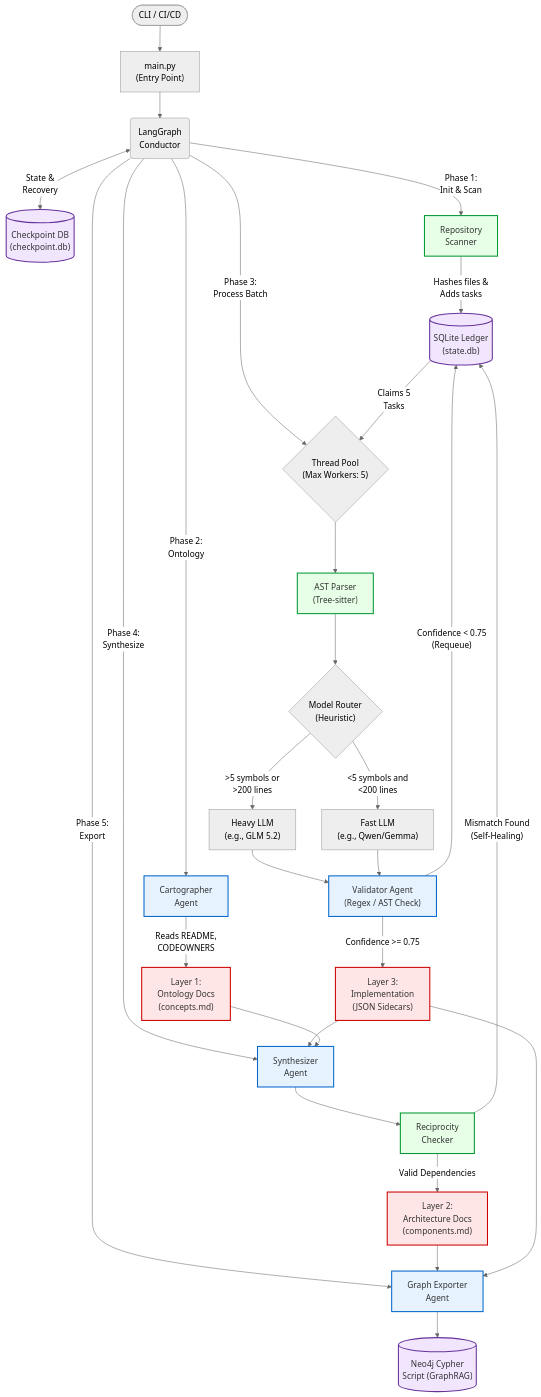
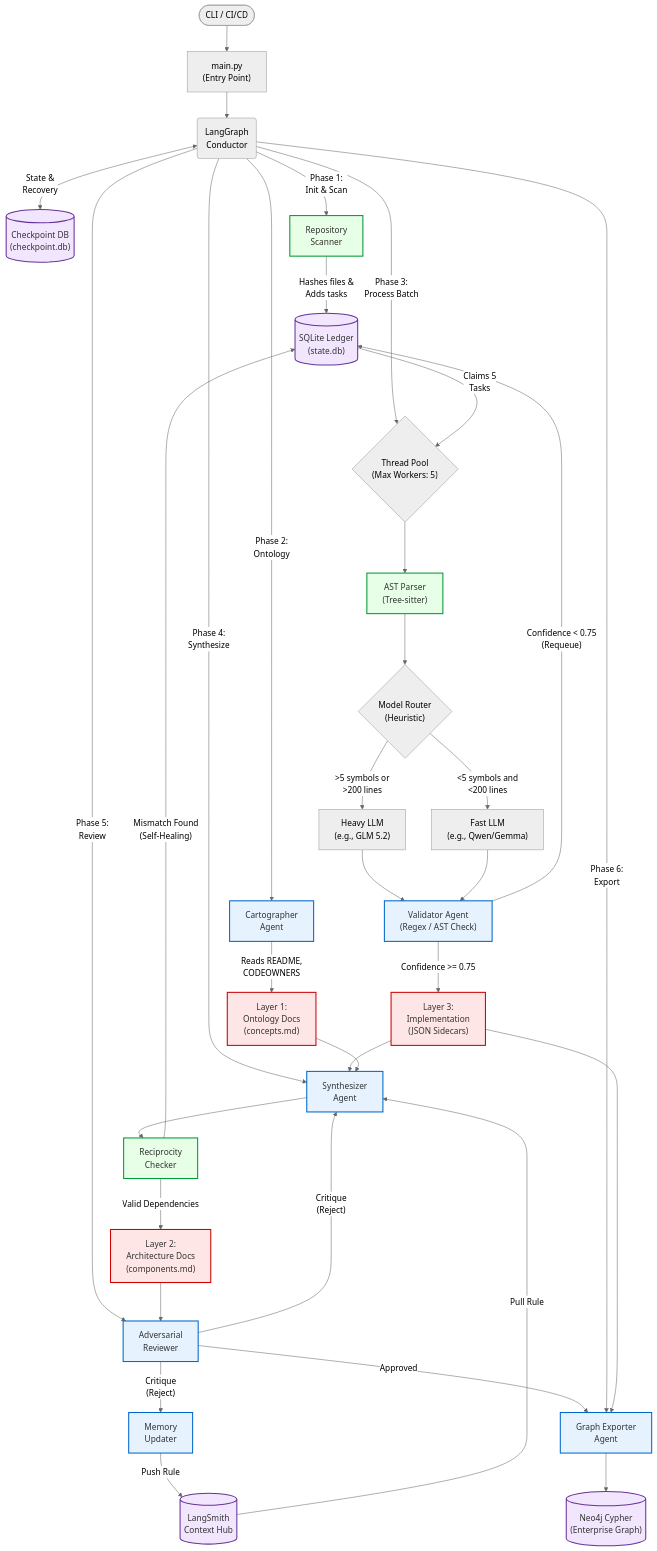
One commit to prashantr00082/droa changed the diagram in ARCHITECTURE_DIAGRAM.md. Above: the diagram before and after it, drawn with Mermaid (neutral theme). The commit also changed other lines of this file and 1 other file, not shown here.

Commit message:
Update architecture documents with new features

````diff
--- a/ARCHITECTURE_DIAGRAM.md
+++ b/ARCHITECTURE_DIAGRAM.md
@@ -5,56 +5,65 @@
 ```mermaid
 flowchart TD
     %% Styling
     classDef database fill:#f2e6ff,stroke:#663399,stroke-width:2px,color:#333;
     classDef agent fill:#e6f3ff,stroke:#0066cc,stroke-width:2px,color:#333;
     classDef process fill:#e6ffe6,stroke:#009933,stroke-width:2px,color:#333;
     classDef output fill:#ffe6e6,stroke:#cc0000,stroke-width:2px,color:#333;
 
     %% Entry point
     Start(["CLI / CI/CD"]) --> Main["main.py<br/>(Entry Point)"]
     Main --> Conductor("LangGraph<br/>Conductor")
     
     %% Databases
     StateDB[("SQLite Ledger<br/>(state.db)")]:::database
     CheckpointDB[("Checkpoint DB<br/>(checkpoint.db)")]:::database
     
     Conductor <-->|"State &<br/>Recovery"| CheckpointDB
     Conductor -->|"Phase 1:<br/>Init & Scan"| Scanner["Repository<br/>Scanner"]:::process
     Scanner -->|"Hashes files &<br/>Adds tasks"| StateDB
     
     %% Phase 2
     Conductor -->|"Phase 2:<br/>Ontology"| Cartographer["Cartographer<br/>Agent"]:::agent
     Cartographer -->|"Reads README,<br/>CODEOWNERS"| OntOut["Layer 1:<br/>Ontology Docs<br/>(concepts.md)"]:::output
     
     %% Phase 3 & 4
     Conductor -->|"Phase 3:<br/>Process Batch"| ThreadPool{"Thread Pool<br/>(Max Workers: 5)"}
     StateDB -->|"Claims 5<br/>Tasks"| ThreadPool
     
     ThreadPool --> AstParser["AST Parser<br/>(Tree-sitter)"]:::process
     AstParser --> Router{"Model Router<br/>(Heuristic)"}
     
     Router -->|">5 symbols or<br/>>200 lines"| GLM["Heavy LLM<br/>(e.g., GLM 5.2)"]
     Router -->|"<5 symbols and<br/><200 lines"| Qwen["Fast LLM<br/>(e.g., Qwen/Gemma)"]
     
     GLM --> Validator["Validator Agent<br/>(Regex / AST Check)"]:::agent
     Qwen --> Validator
     
     Validator -->|"Confidence < 0.75<br/>(Requeue)"| StateDB
     Validator -->|"Confidence >= 0.75"| ModOut["Layer 3:<br/>Implementation<br/>(JSON Sidecars)"]:::output
     
     %% Phase 5 & 6
     Conductor -->|"Phase 4:<br/>Synthesize"| Synthesizer["Synthesizer<br/>Agent"]:::agent
     ModOut --> Synthesizer
     OntOut --> Synthesizer
     
     Synthesizer --> Reciprocity["Reciprocity<br/>Checker"]:::process
     Reciprocity -->|"Mismatch Found<br/>(Self-Healing)"| StateDB
     
     Reciprocity -->|"Valid Dependencies"| ArchOut["Layer 2:<br/>Architecture Docs<br/>(components.md)"]:::output
     
-    Conductor -->|"Phase 5:<br/>Export"| GraphExporter["Graph Exporter<br/>Agent"]:::agent
-    ArchOut --> GraphExporter
+    %% Phase 6: Adversarial Review & Continual Learning
+    Conductor -->|"Phase 5:<br/>Review"| Reviewer["Adversarial<br/>Reviewer"]:::agent
+    ArchOut --> Reviewer
+    Reviewer -->|"Critique<br/>(Reject)"| Synthesizer
+    Reviewer -->|"Critique<br/>(Reject)"| MemoryUpdater["Memory<br/>Updater"]:::agent
+    MemoryUpdater -->|"Push Rule"| LangSmith[("LangSmith<br/>Context Hub")]:::database
+    LangSmith -->|"Pull Rule"| Synthesizer
+    Reviewer -->|"Approved"| GraphExporter["Graph Exporter<br/>Agent"]:::agent
+    
+    %% Phase 7: Graph Export
+    Conductor -->|"Phase 6:<br/>Export"| GraphExporter
     ModOut --> GraphExporter
     
-    GraphExporter --> Neo4j[("Neo4j Cypher<br/>Script (GraphRAG)")]:::database
+    GraphExporter --> Neo4j[("Neo4j Cypher<br/>(Enterprise Graph)")]:::database
 ```
````
